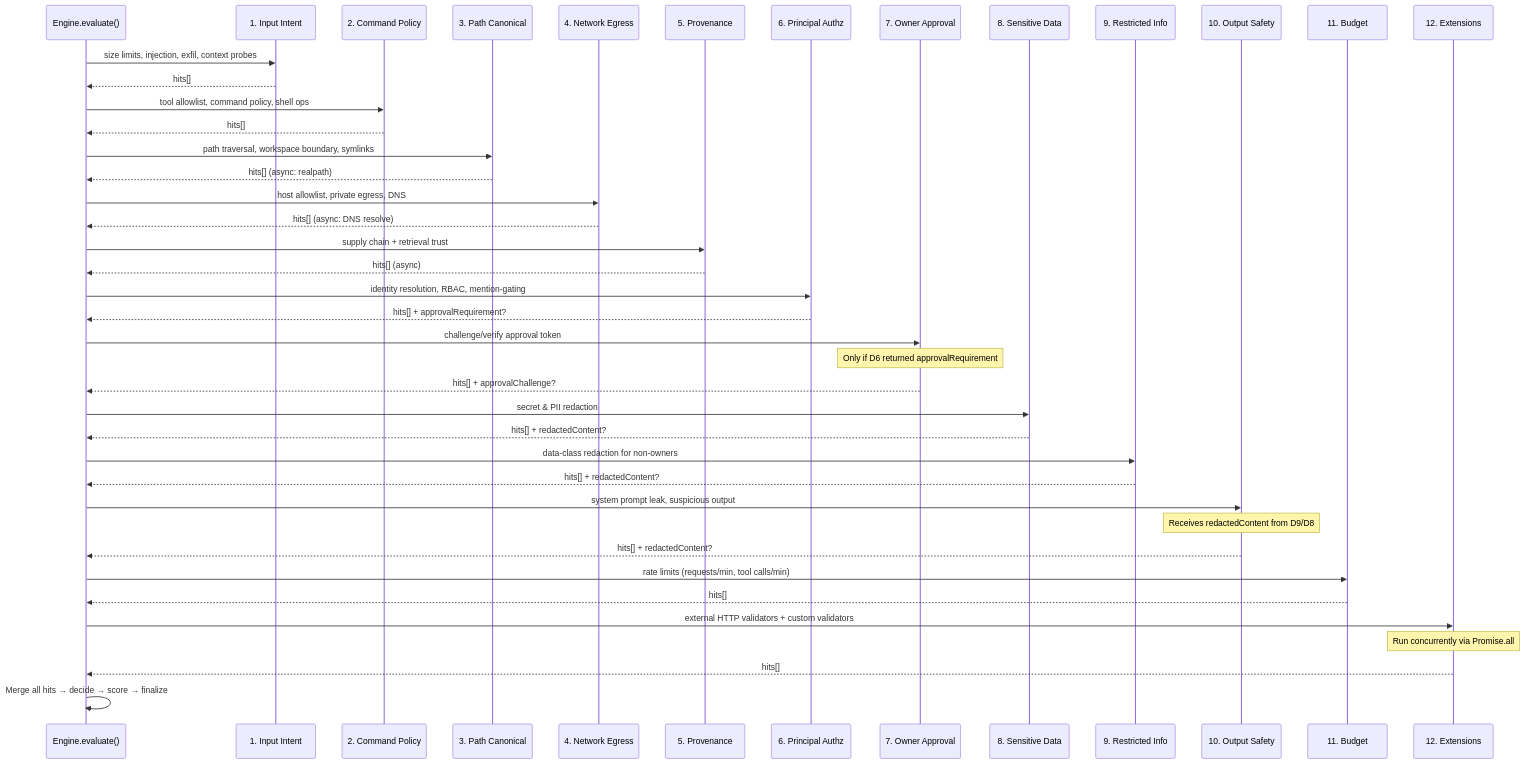
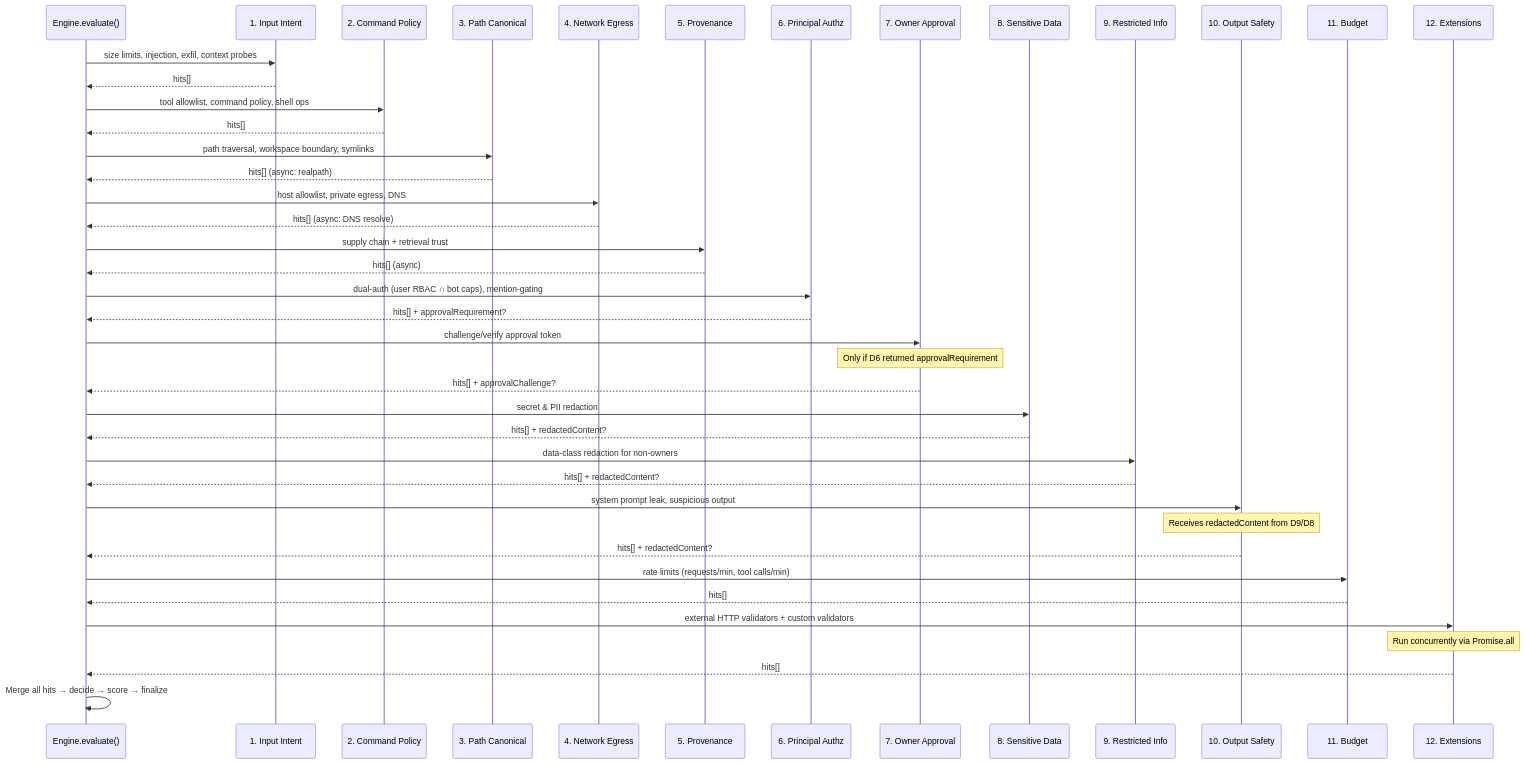
Before and after one commit to douglasswm/safefence: the second of 3 diagrams in README.md, drawn with Mermaid. The commit also changed other lines of this file and 4 other files, not shown here.

First line of the commit message:
docs: update README and docs for dual-authorization RBAC system

````diff
--- a/README.md
+++ b/README.md
@@ -100,45 +106,45 @@
 ```mermaid
 sequenceDiagram
     participant ENG as Engine.evaluate()
     participant D1 as 1. Input Intent
     participant D2 as 2. Command Policy
     participant D3 as 3. Path Canonical
     participant D4 as 4. Network Egress
     participant D5 as 5. Provenance
     participant D6 as 6. Principal Authz
     participant D7 as 7. Owner Approval
     participant D8 as 8. Sensitive Data
     participant D9 as 9. Restricted Info
     participant D10 as 10. Output Safety
     participant D11 as 11. Budget
     participant D12 as 12. Extensions
 
     ENG->>D1: size limits, injection, exfil, context probes
     D1-->>ENG: hits[]
     ENG->>D2: tool allowlist, command policy, shell ops
     D2-->>ENG: hits[]
     ENG->>D3: path traversal, workspace boundary, symlinks
     D3-->>ENG: hits[] (async: realpath)
     ENG->>D4: host allowlist, private egress, DNS
     D4-->>ENG: hits[] (async: DNS resolve)
     ENG->>D5: supply chain + retrieval trust
     D5-->>ENG: hits[] (async)
-    ENG->>D6: identity resolution, RBAC, mention-gating
+    ENG->>D6: dual-auth (user RBAC ∩ bot caps), mention-gating
     D6-->>ENG: hits[] + approvalRequirement?
     ENG->>D7: challenge/verify approval token
     Note over D7: Only if D6 returned approvalRequirement
     D7-->>ENG: hits[] + approvalChallenge?
     ENG->>D8: secret & PII redaction
     D8-->>ENG: hits[] + redactedContent?
     ENG->>D9: data-class redaction for non-owners
     D9-->>ENG: hits[] + redactedContent?
     ENG->>D10: system prompt leak, suspicious output
     Note over D10: Receives redactedContent from D9/D8
     D10-->>ENG: hits[] + redactedContent?
     ENG->>D11: rate limits (requests/min, tool calls/min)
     D11-->>ENG: hits[]
     ENG->>D12: external HTTP validators + custom validators
     Note over D12: Run concurrently via Promise.all
     D12-->>ENG: hits[]
     ENG->>ENG: Merge all hits → decide → score → finalize
 ```
````
